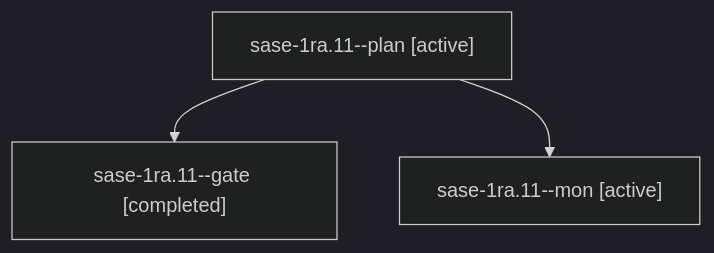
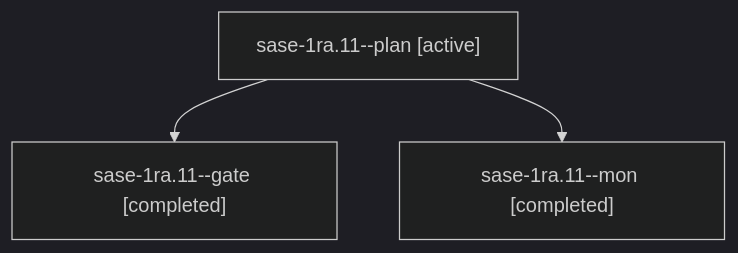
The diagram in sessions/bbugyi200.athena.sase-1ra.11.md (sase-org/sase--agents), drawn with Mermaid (dark theme) before and after one commit. The commit also changed other lines of this file and 104 other files, not shown here.

````diff
--- a/sessions/bbugyi200.athena.sase-1ra.11.md
+++ b/sessions/bbugyi200.athena.sase-1ra.11.md
@@ -9,8 +9,8 @@
 ```mermaid
 flowchart TD
   n0["sase-1ra.11--plan [active]"]
   n1["sase-1ra.11--gate [completed]"]
   n0 --> n1
-  n2["sase-1ra.11--mon [active]"]
+  n2["sase-1ra.11--mon [completed]"]
   n0 --> n2
 ```
````
